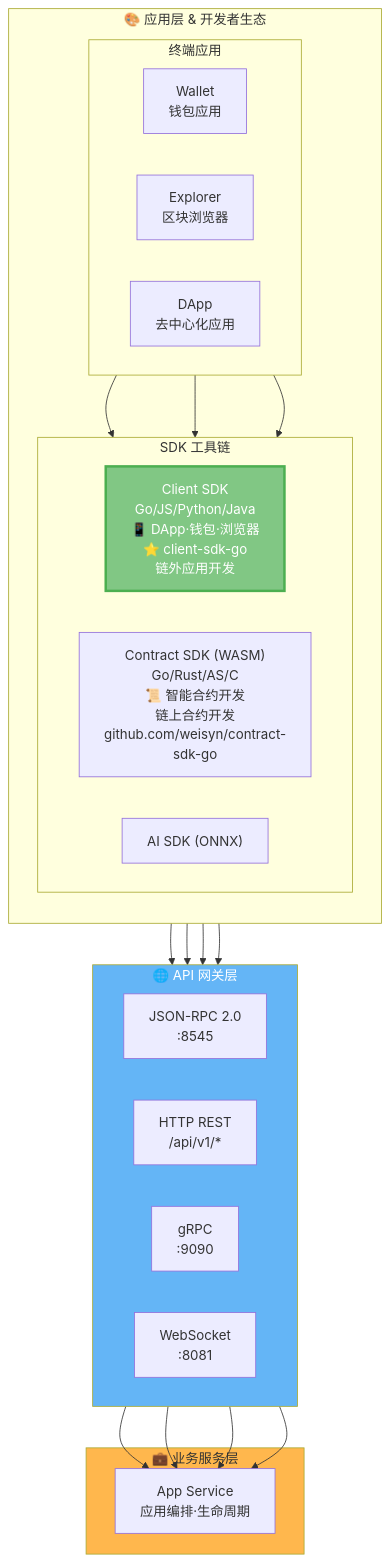
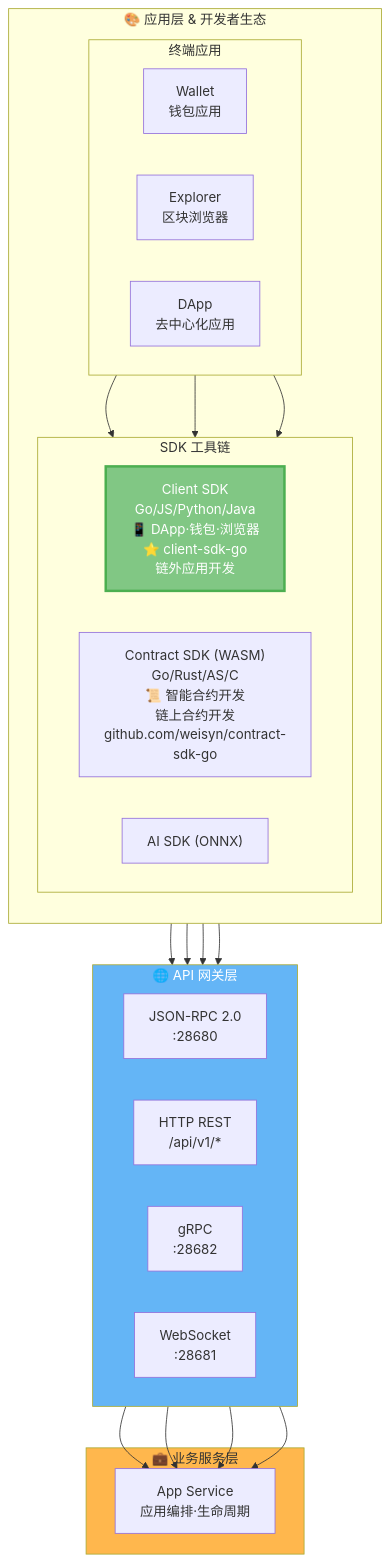
Before and after one commit to weisyn/client-sdk-go: the first of 2 diagrams in README.md, drawn with Mermaid. The commit also changed other lines of this file and 65 other files, not shown here.

````diff
--- a/README.md
+++ b/README.md
@@ -226,48 +226,48 @@
 ```mermaid
 graph TB
     subgraph DEV_ECOSYSTEM["🎨 应用层 & 开发者生态"]
         direction TB
         subgraph SDK_LAYER["SDK 工具链"]
             direction LR
             CLIENT_SDK["Client SDK<br/>Go/JS/Python/Java<br/>📱 DApp·钱包·浏览器<br/>⭐ client-sdk-go<br/>链外应用开发"]
             CONTRACT_SDK["Contract SDK (WASM)<br/>Go/Rust/AS/C<br/>📜 智能合约开发<br/>链上合约开发<br/>github.com/weisyn/contract-sdk-go"]
             AI_SDK["AI SDK (ONNX)"]
         end
         subgraph END_USER_APPS["终端应用"]
             direction LR
             WALLET_APP["Wallet<br/>钱包应用"]
             EXPLORER["Explorer<br/>区块浏览器"]
             DAPP["DApp<br/>去中心化应用"]
         end
     end
     
     subgraph API_GATEWAY["🌐 API 网关层"]
         direction LR
-        JSONRPC["JSON-RPC 2.0<br/>:8545"]
+        JSONRPC["JSON-RPC 2.0<br/>:28680"]
         HTTP["HTTP REST<br/>/api/v1/*"]
-        GRPC["gRPC<br/>:9090"]
-        WS["WebSocket<br/>:8081"]
+        GRPC["gRPC<br/>:28682"]
+        WS["WebSocket<br/>:28681"]
     end
     
     subgraph BIZ_LAYER["💼 业务服务层"]
         APP_SVC["App Service<br/>应用编排·生命周期"]
     end
     
     WALLET_APP --> CLIENT_SDK
     EXPLORER --> CLIENT_SDK
     DAPP --> CLIENT_SDK
     
     CLIENT_SDK --> JSONRPC
     CLIENT_SDK --> HTTP
     CLIENT_SDK --> GRPC
     CLIENT_SDK --> WS
     
     JSONRPC --> APP_SVC
     HTTP --> APP_SVC
     GRPC --> APP_SVC
     WS --> APP_SVC
     
     style CLIENT_SDK fill:#81C784,color:#fff,stroke:#4CAF50,stroke-width:3px
     style API_GATEWAY fill:#64B5F6,color:#fff
     style BIZ_LAYER fill:#FFB74D,color:#333
 ```
````
